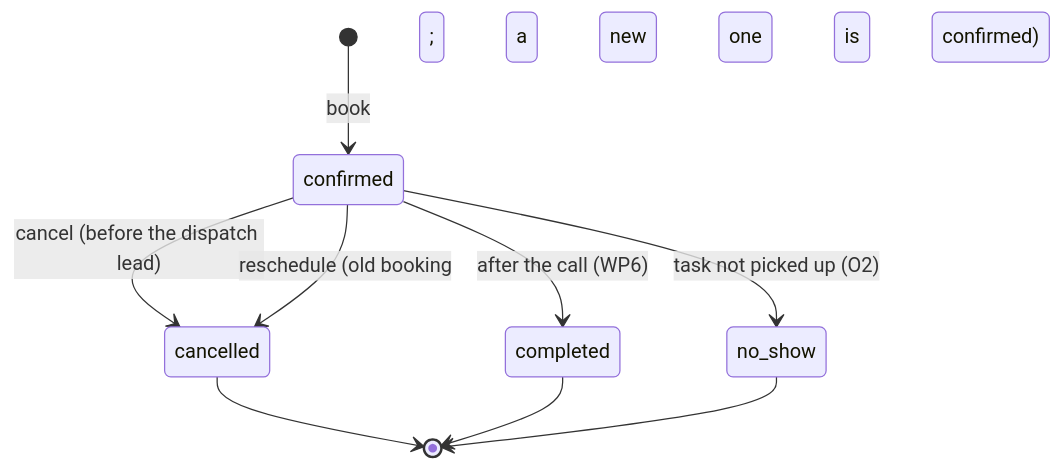
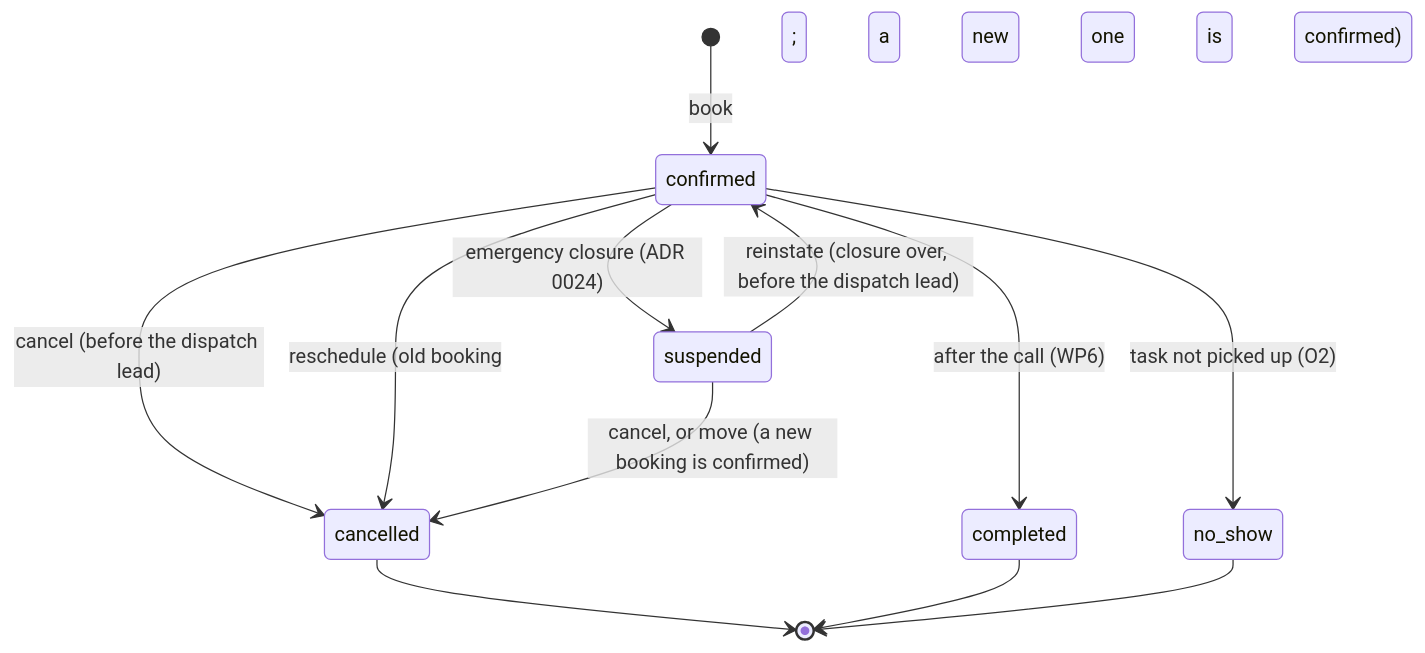
The tenth of 13 diagrams in docs/architecture.md (3Corners-Labs/OpenPlanner), drawn with Mermaid before and after one commit. The commit also changed other lines of this file and 56 other files, not shown here.

First line of the commit message:
feat: emergency closure of a group or organisation (ADR 0024) (#21)

````diff
--- a/docs/architecture.md
+++ b/docs/architecture.md
@@ -447,11 +455,14 @@
 ```mermaid
 stateDiagram-v2
     [*] --> confirmed: book
     confirmed --> cancelled: cancel (before the dispatch lead)
     confirmed --> cancelled: reschedule (old booking; a new one is confirmed)
     confirmed --> completed: after the call (WP6)
     confirmed --> no_show: task not picked up (O2)
+    confirmed --> suspended: emergency closure (ADR 0024)
+    suspended --> confirmed: reinstate (closure over, before the dispatch lead)
+    suspended --> cancelled: cancel, or move (a new booking is confirmed)
     cancelled --> [*]
     completed --> [*]
     no_show --> [*]
 ```
````
